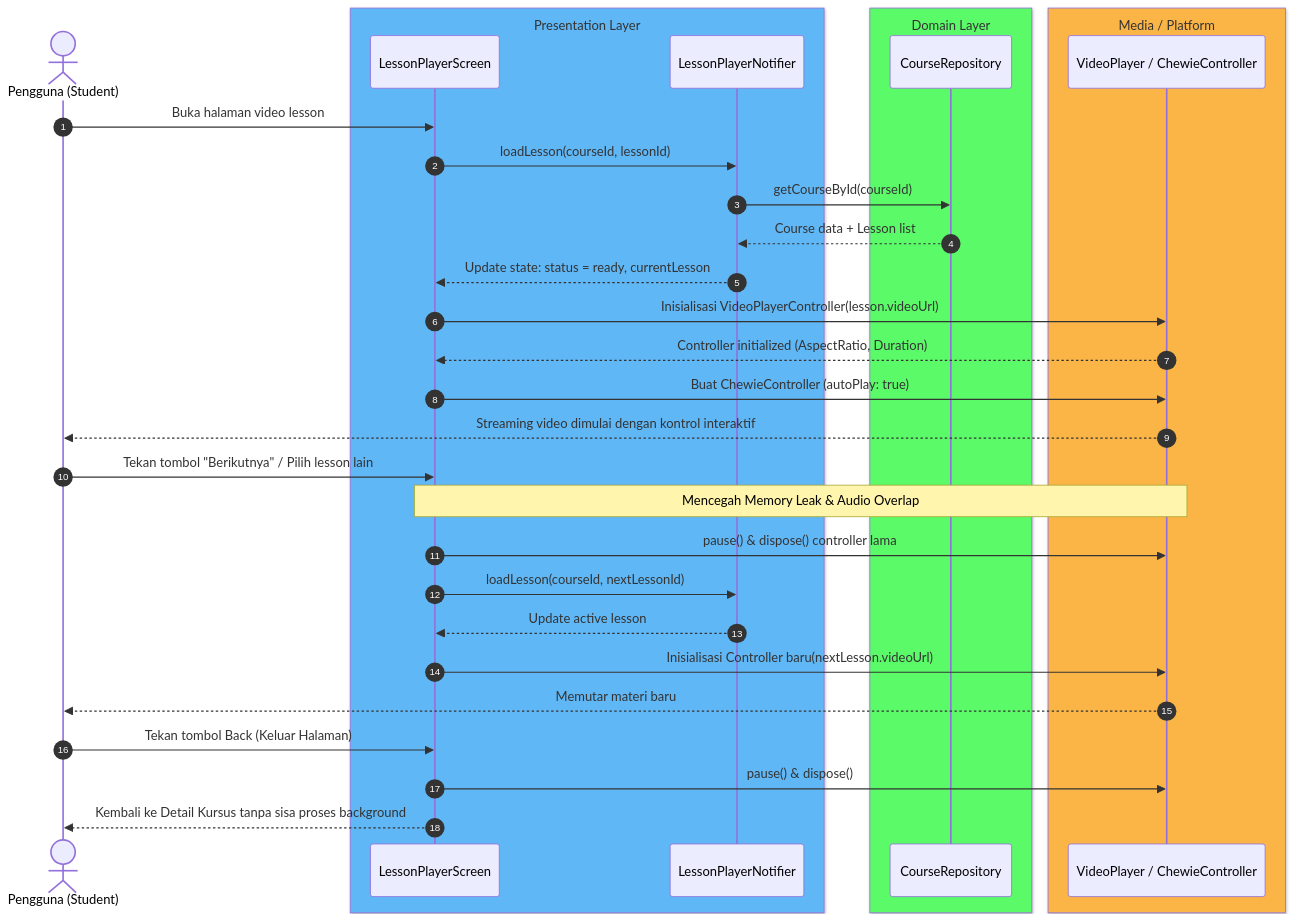
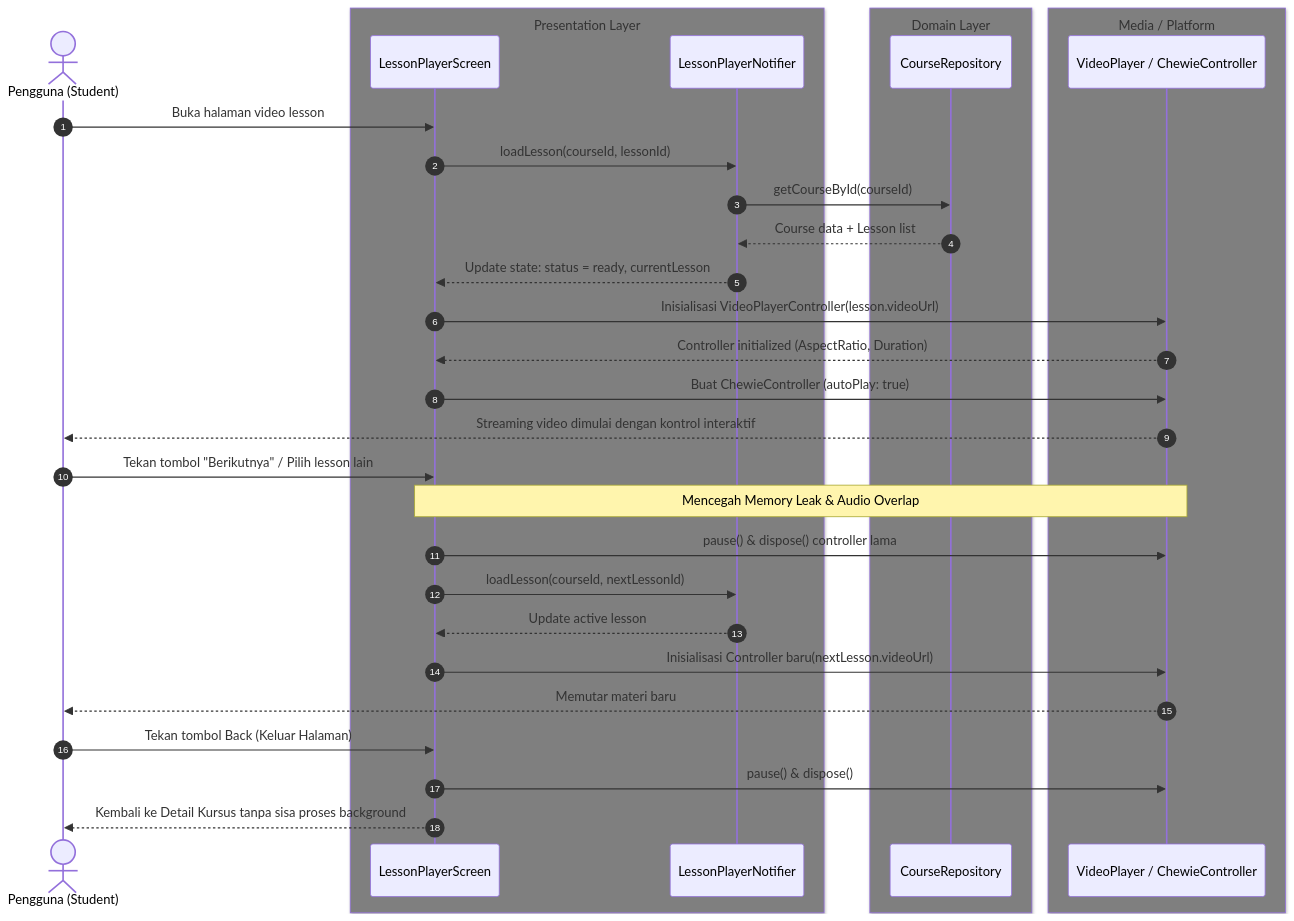
Before and after one commit to yonayohana06/course_app: the fourth of 4 diagrams in docs/system_design.md, drawn with Mermaid.

Commit message:
fix(docs): update color scheme for sequence diagram layers in system design documentation

````diff
--- a/docs/system_design.md
+++ b/docs/system_design.md
@@ -129,41 +129,41 @@
 ```mermaid
 sequenceDiagram
     autonumber
     actor User as Pengguna (Student)
 
-    box rgba(96, 183, 246, 1) Presentation Layer
+    box rgba(127, 127, 127, 1) Presentation Layer
         participant UI as LessonPlayerScreen
         participant Controller as LessonPlayerNotifier
     end
 
-    box rgba(91, 250, 104, 1) Domain Layer
+    box rgba(127, 127, 127, 1) Domain Layer
         participant Repo as CourseRepository
     end
 
-    box rgba(250, 181, 70, 1) Media / Platform
+    box rgba(127, 127, 127, 1) Media / Platform
         participant Player as VideoPlayer / ChewieController
     end
 
     User->>UI: Buka halaman video lesson
     UI->>Controller: loadLesson(courseId, lessonId)
     Controller->>Repo: getCourseById(courseId)
     Repo-->>Controller: Course data + Lesson list
     Controller-->>UI: Update state: status = ready, currentLesson
 
     UI->>Player: Inisialisasi VideoPlayerController(lesson.videoUrl)
     Player-->>UI: Controller initialized (AspectRatio, Duration)
     UI->>Player: Buat ChewieController (autoPlay: true)
     Player-->>User: Streaming video dimulai dengan kontrol interaktif
 
     User->>UI: Tekan tombol "Berikutnya" / Pilih lesson lain
     Note over UI,Player: Mencegah Memory Leak & Audio Overlap
     UI->>Player: pause() & dispose() controller lama
     UI->>Controller: loadLesson(courseId, nextLessonId)
     Controller-->>UI: Update active lesson
     UI->>Player: Inisialisasi Controller baru(nextLesson.videoUrl)
     Player-->>User: Memutar materi baru
 
     User->>UI: Tekan tombol Back (Keluar Halaman)
     UI->>Player: pause() & dispose()
     UI-->>User: Kembali ke Detail Kursus tanpa sisa proses background
 ```
````
